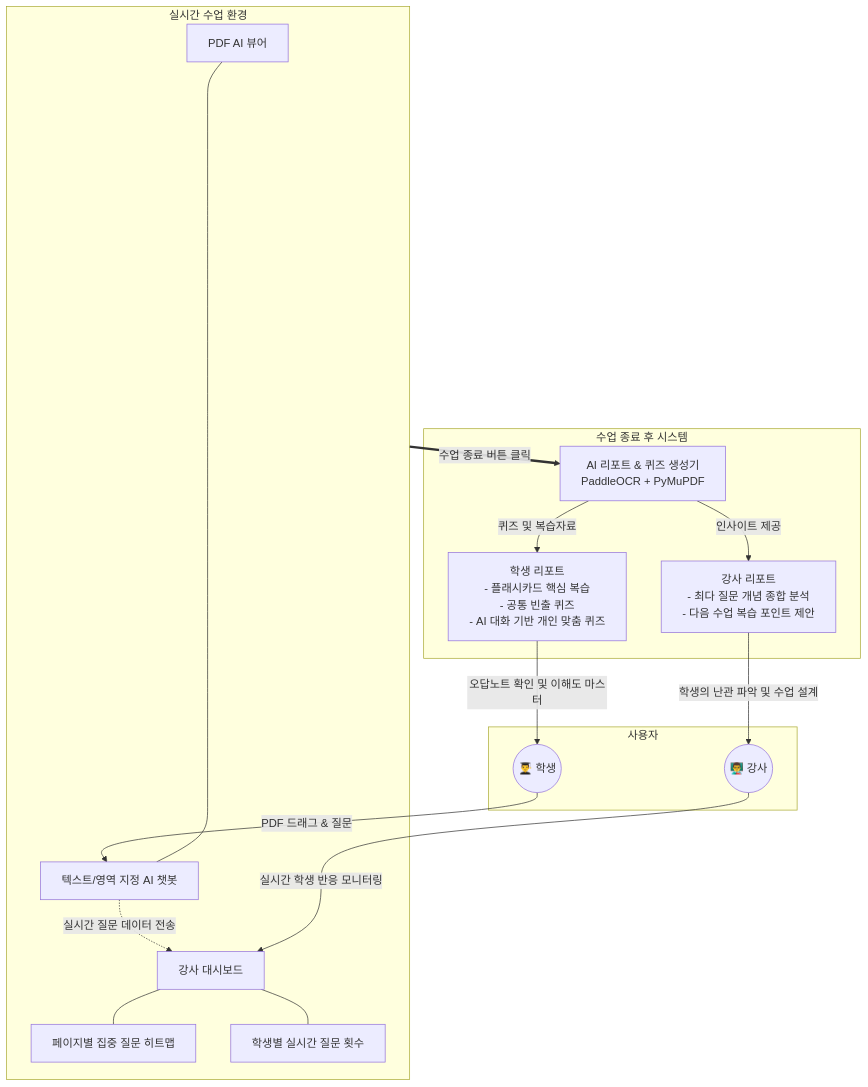
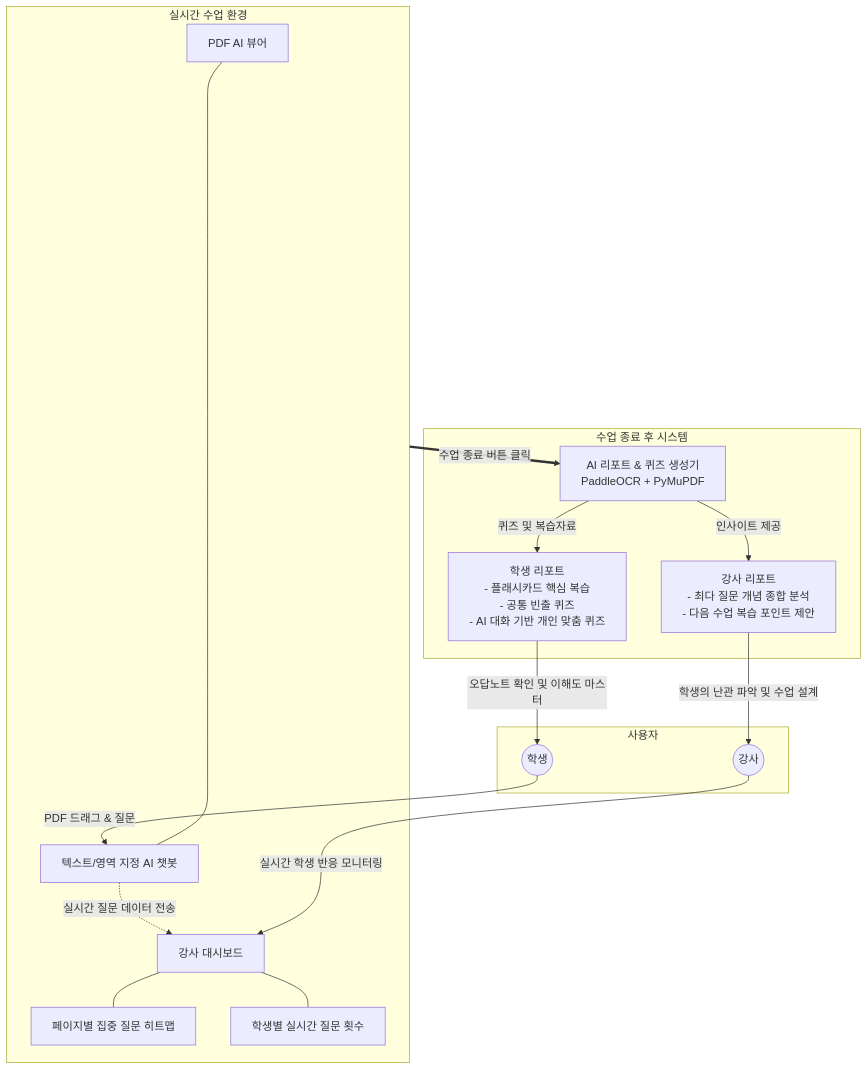
One commit to juwon1217/kit-contest changed the diagram in README.md. Above: the diagram before and after it, drawn with Mermaid. The commit also changed other lines of this file, not shown here.

````diff
--- a/README.md
+++ b/README.md
@@ -40,41 +40,41 @@
 ```mermaid
 graph TD
     %% 사용자 영역
     subgraph Users[사용자]
-        Student((👨‍🎓 학생))
-        Instructor((👨‍🏫 강사))
+        Student((학생))
+        Instructor((강사))
     end
 
     %% 수업 진행 (실시간)
     subgraph LiveClass[실시간 수업 환경]
         PDFViewer[PDF AI 뷰어]
         AI_Chat[텍스트/영역 지정 AI 챗봇]
         TeacherDashboard[강사 대시보드]
         Heatmap[페이지별 집중 질문 히트맵]
         StudentActivity[학생별 실시간 질문 횟수]
     end
 
     %% 수업 종료 후 리포트
     subgraph PostClass[수업 종료 후 시스템]
         ReportGen[AI 리포트 & 퀴즈 생성기<br/>PaddleOCR + PyMuPDF]
         
         InstructorReport[강사 리포트<br/>- 최다 질문 개념 종합 분석<br/>- 다음 수업 복습 포인트 제안]
         StudentReport[학생 리포트<br/>- 플래시카드 핵심 복습<br/>- 공통 빈출 퀴즈<br/>- AI 대화 기반 개인 맞춤 퀴즈]
     end
 
     %% 데이터 흐름
     Student -->|PDF 드래그 & 질문| AI_Chat
     AI_Chat -.->|실시간 질문 데이터 전송| TeacherDashboard
     PDFViewer --- AI_Chat
     
     TeacherDashboard --- Heatmap & StudentActivity
     Instructor -->|실시간 학생 반응 모니터링| TeacherDashboard
     
     LiveClass ==============> |수업 종료 버튼 클릭| ReportGen
     
     ReportGen --> |인사이트 제공| InstructorReport
     ReportGen --> |퀴즈 및 복습자료| StudentReport
     
     InstructorReport --> |학생의 난관 파악 및 수업 설계| Instructor
     StudentReport --> |오답노트 확인 및 이해도 마스터| Student
 ```
````
